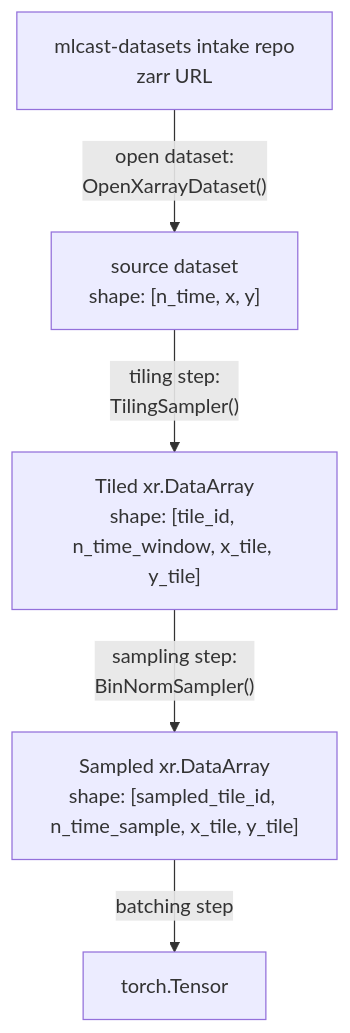
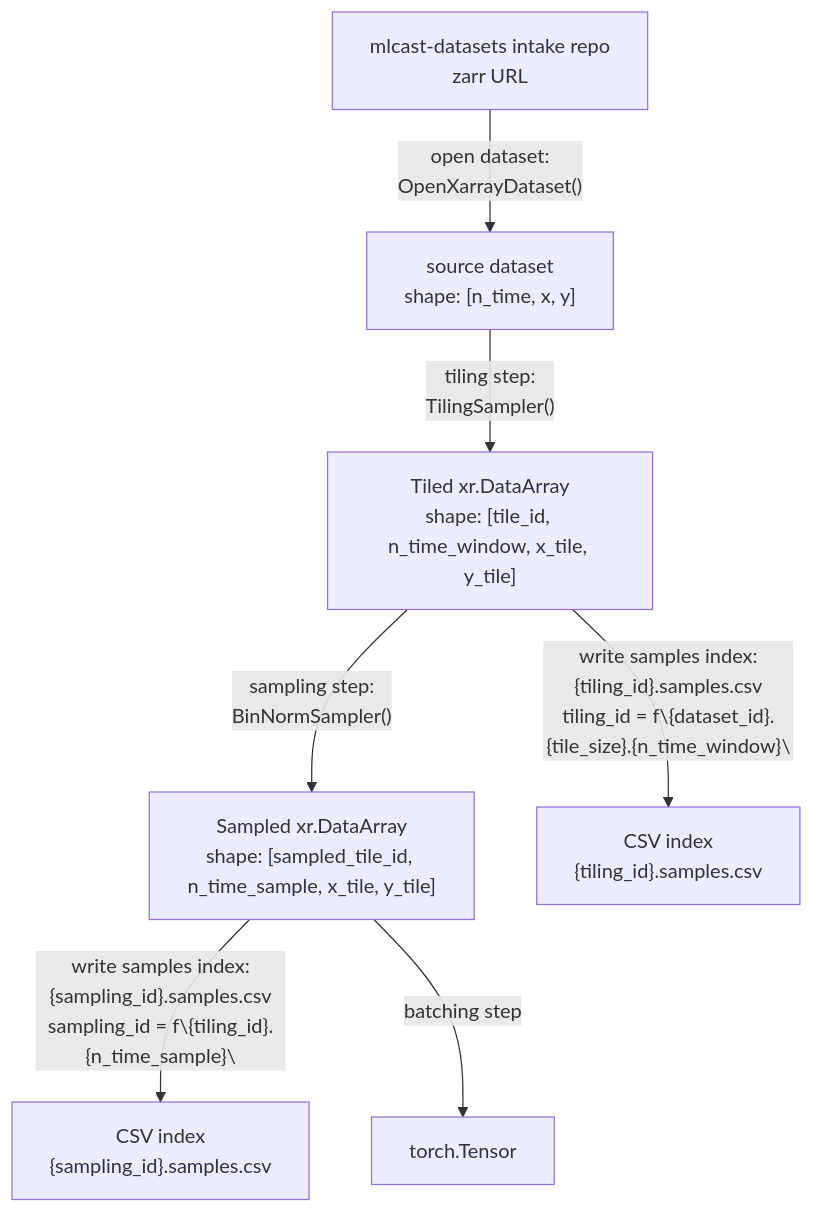
The diagram in training_pipeline.md (leifdenby/mlcast), drawn with Mermaid before and after one commit. The commit also changed other lines of this file, not shown here.

Commit message:
wip2 of diagram

````diff
--- a/training_pipeline.md
+++ b/training_pipeline.md
@@ -3,13 +3,17 @@
 ```mermaid
 flowchart TB
     A["mlcast-datasets intake repo<br />zarr URL"]
     B["source dataset<br />shape: [n_time, x, y]"]
     C["Tiled xr.DataArray<br />shape: [tile_id, n_time_window, x_tile, y_tile]"]
     D["Sampled xr.DataArray<br />shape: [sampled_tile_id, n_time_sample, x_tile, y_tile]"]
     E["torch.Tensor"]
+    F["CSV index<br />{tiling_id}.samples.csv"]
+    G["CSV index<br />{sampling_id}.samples.csv"]
 
     A -- "open dataset:<br />OpenXarrayDataset()" --> B
     B -- "tiling step:<br />TilingSampler()" --> C
+    C -- "write samples index:<br />{tiling_id}.samples.csv<br />tiling_id = f\"{dataset_id}.{tile_size}.{n_time_window}\"" --> F
     C -- "sampling step:<br />BinNormSampler()" --> D
+    D -- "write samples index:<br />{sampling_id}.samples.csv<br />sampling_id = f\"{tiling_id}.{n_time_sample}\"" --> G
     D -- "batching step" --> E
 ```
````
